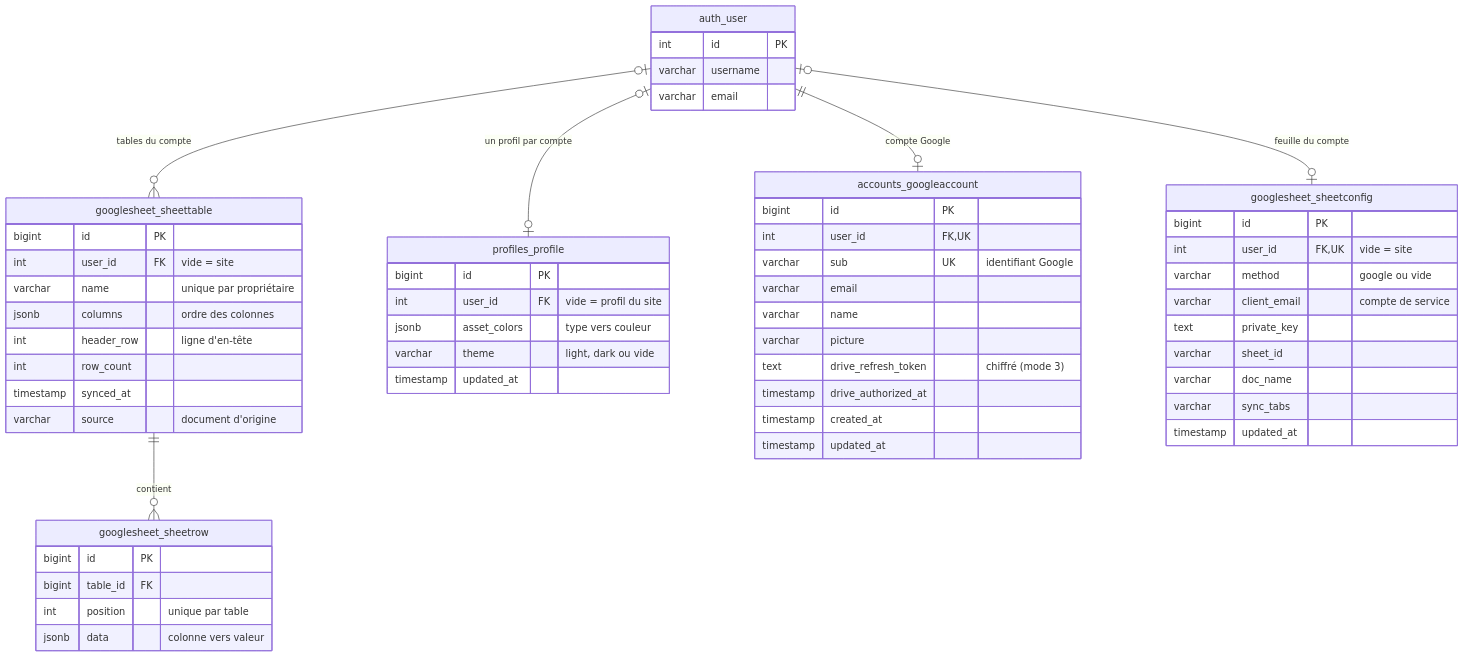
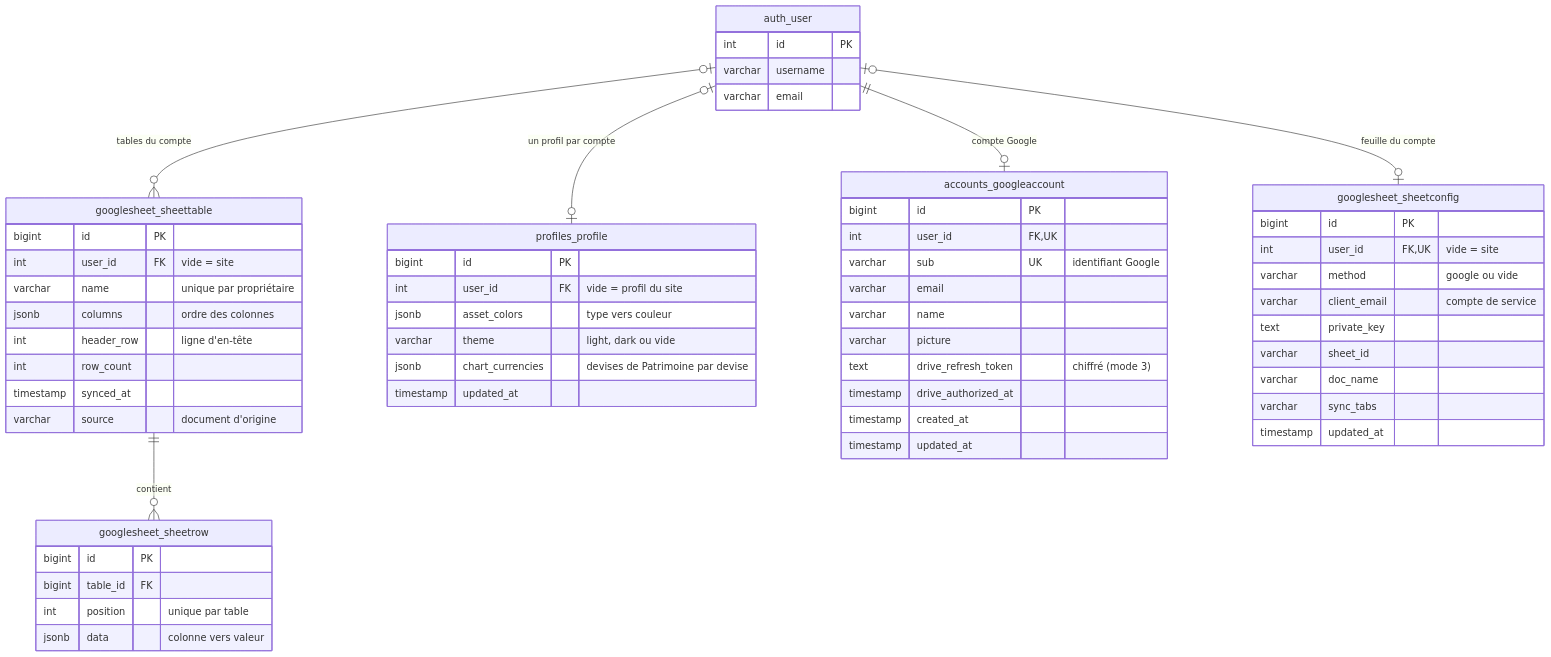
The diagram in README.md (Sleaum/vibe_overfolio), drawn with Mermaid before and after one commit. The commit also changed other lines of this file and 14 other files, not shown here.

First line of the commit message:
Patrimoine par devise : ajout du baht (THB) et choix des devises affichées

````diff
--- a/README.md
+++ b/README.md
@@ -488,59 +489,60 @@
 ```mermaid
 erDiagram
   googlesheet_sheettable ||--o{ googlesheet_sheetrow : "contient"
   auth_user |o--o| profiles_profile : "un profil par compte"
   auth_user ||--o| accounts_googleaccount : "compte Google"
   auth_user |o--o{ googlesheet_sheettable : "tables du compte"
   auth_user |o--o| googlesheet_sheetconfig : "feuille du compte"
   googlesheet_sheettable {
     bigint id PK
     int user_id FK "vide = site"
     varchar name "unique par propriétaire"
     jsonb columns "ordre des colonnes"
     int header_row "ligne d'en-tête"
     int row_count
     timestamp synced_at
     varchar source "document d'origine"
   }
   googlesheet_sheetrow {
     bigint id PK
     bigint table_id FK
     int position "unique par table"
     jsonb data "colonne vers valeur"
   }
   googlesheet_sheetconfig {
     bigint id PK
     int user_id FK, UK "vide = site"
     varchar method "google ou vide"
     varchar client_email "compte de service"
     text private_key
     varchar sheet_id
     varchar doc_name
     varchar sync_tabs
     timestamp updated_at
   }
   profiles_profile {
     bigint id PK
     int user_id FK "vide = profil du site"
     jsonb asset_colors "type vers couleur"
     varchar theme "light, dark ou vide"
+    jsonb chart_currencies "devises de Patrimoine par devise"
     timestamp updated_at
   }
   accounts_googleaccount {
     bigint id PK
     int user_id FK, UK
     varchar sub UK "identifiant Google"
     varchar email
     varchar name
     varchar picture
     text drive_refresh_token "chiffré (mode 3)"
     timestamp drive_authorized_at
     timestamp created_at
     timestamp updated_at
   }
   auth_user {
     int id PK
     varchar username
     varchar email
   }
 ```
````
